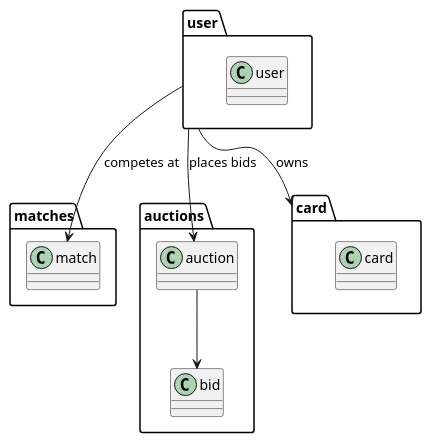
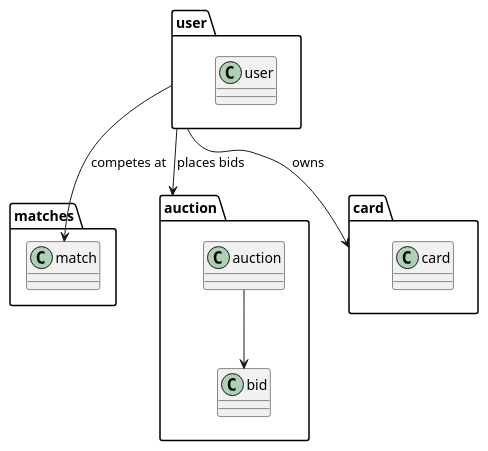
The diagram in docs/design.wsd (Turao/have-fun-go), drawn with PlantUML before and after one commit. The commit also changed 5 other files, not shown here.

Commit message:
Rename auctions package to auction (Go convention)

```diff
--- a/docs/design.wsd
+++ b/docs/design.wsd
@@ -1,26 +1,26 @@
 @startuml design
 
 package matches {
   class match
 }
 
-package auctions {
+package auction {
   class auction
   class bid
 
   auction --> bid
 }
 
 package card {
   class card
 }
 
 package user {
   class user
 }
 
 user --> auction : places bids
 user --> card : owns
 user --> match : competes at
 
 @enduml
```
